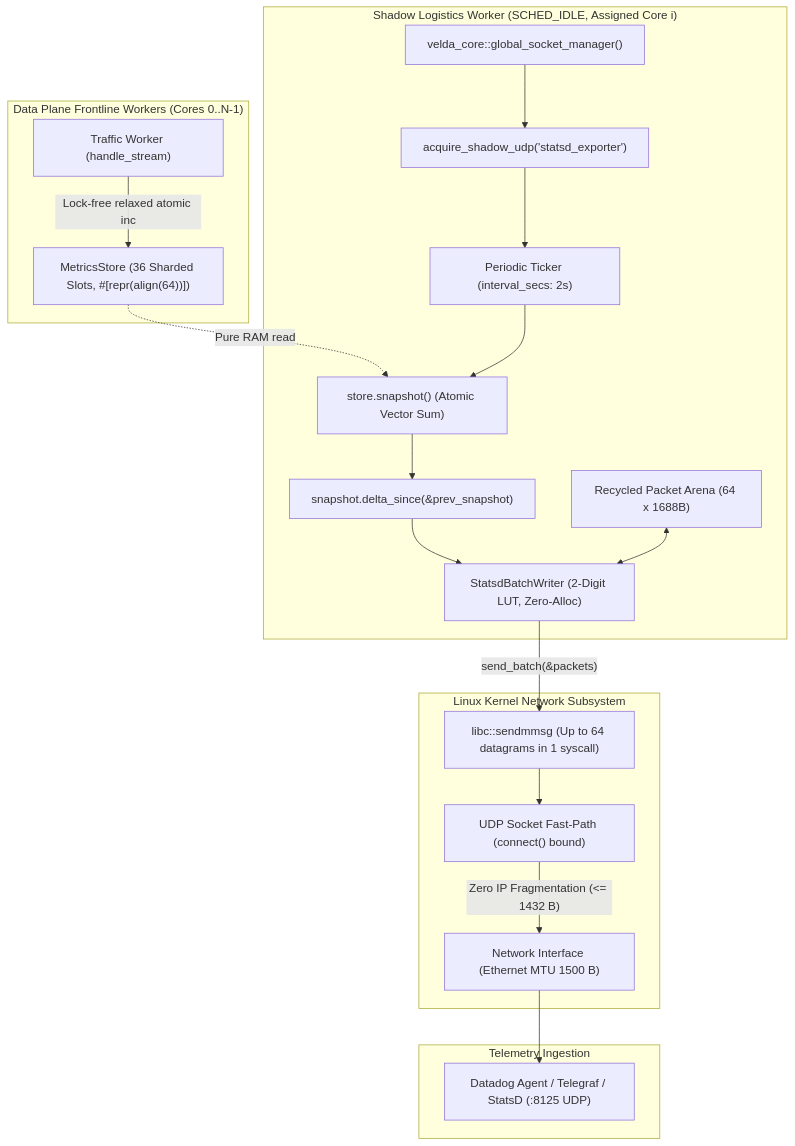
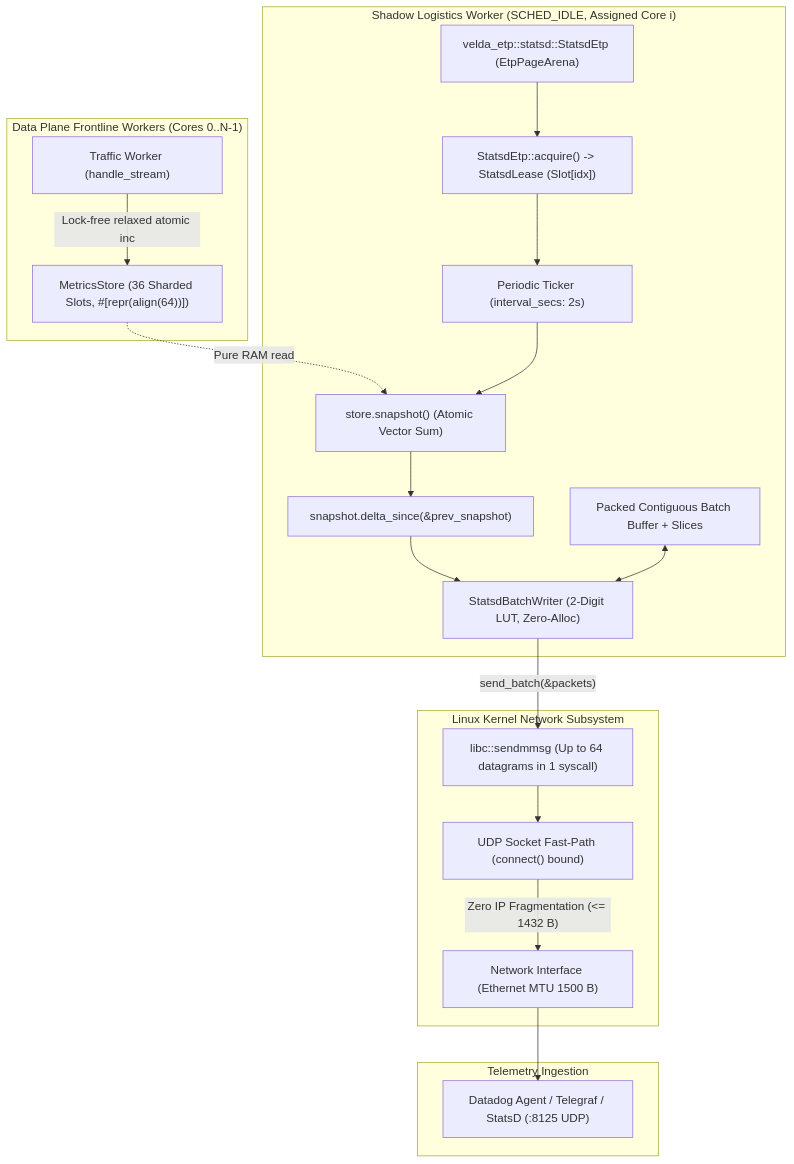
One commit to phucle996/velda-edge changed the diagram in crates/velda-plugin/src/background/statsd_exporter/ARCHITECTURE.md. Above: the diagram before and after it, drawn with Mermaid. The commit also changed other lines of this file and 106 other files, not shown here.

Commit message:
feat(velda-plugin,velda-etp): migrate all 9 background plugins to ETP, add ES docs, and eliminate statsd formatter bloat

````diff
--- a/crates/velda-plugin/src/background/statsd_exporter/ARCHITECTURE.md
+++ b/crates/velda-plugin/src/background/statsd_exporter/ARCHITECTURE.md
@@ -19,41 +19,41 @@
 ```mermaid
 flowchart TD
     subgraph DataPlane["Data Plane Frontline Workers (Cores 0..N-1)"]
         FW["Traffic Worker (handle_stream)"]
         MS["MetricsStore (36 Sharded Slots, #[repr(align(64))])"]
         FW -->|"Lock-free relaxed atomic inc"| MS
     end
 
     subgraph ShadowWorker["Shadow Logistics Worker (SCHED_IDLE, Assigned Core i)"]
-        SM["velda_core::global_socket_manager()"]
-        UDP_SOCK["acquire_shadow_udp('statsd_exporter')"]
-        SM --> UDP_SOCK
+        ETP["velda_etp::statsd::StatsdEtp (EtpPageArena)"]
+        UDP_SOCK["StatsdEtp::acquire() -> StatsdLease (Slot[idx])"]
+        ETP --> UDP_SOCK
 
         LOOP["Periodic Ticker (interval_secs: 2s)"]
         SNAP["store.snapshot() (Atomic Vector Sum)"]
         DELTA["snapshot.delta_since(&prev_snapshot)"]
         FMT["StatsdBatchWriter (2-Digit LUT, Zero-Alloc)"]
-        POOL["Recycled Packet Arena (64 x 1688B)"]
+        POOL["Packed Contiguous Batch Buffer + Slices"]
 
         UDP_SOCK --> LOOP
         MS -.->|"Pure RAM read"| SNAP
         LOOP --> SNAP
         SNAP --> DELTA
         DELTA --> FMT
         POOL <--> FMT
     end
 
     subgraph KernelNet["Linux Kernel Network Subsystem"]
         FAST_SEND["UDP Socket Fast-Path (connect() bound)"]
         SENDMMSG["libc::sendmmsg (Up to 64 datagrams in 1 syscall)"]
         NET_IF["Network Interface (Ethernet MTU 1500 B)"]
         FMT -->|"send_batch(&packets)"| SENDMMSG
         SENDMMSG --> FAST_SEND
         FAST_SEND -->|"Zero IP Fragmentation (<= 1432 B)"| NET_IF
     end
 
     subgraph Collector["Telemetry Ingestion"]
         DAEMON["Datadog Agent / Telegraf / StatsD (:8125 UDP)"]
         NET_IF --> DAEMON
     end
 ```
````
